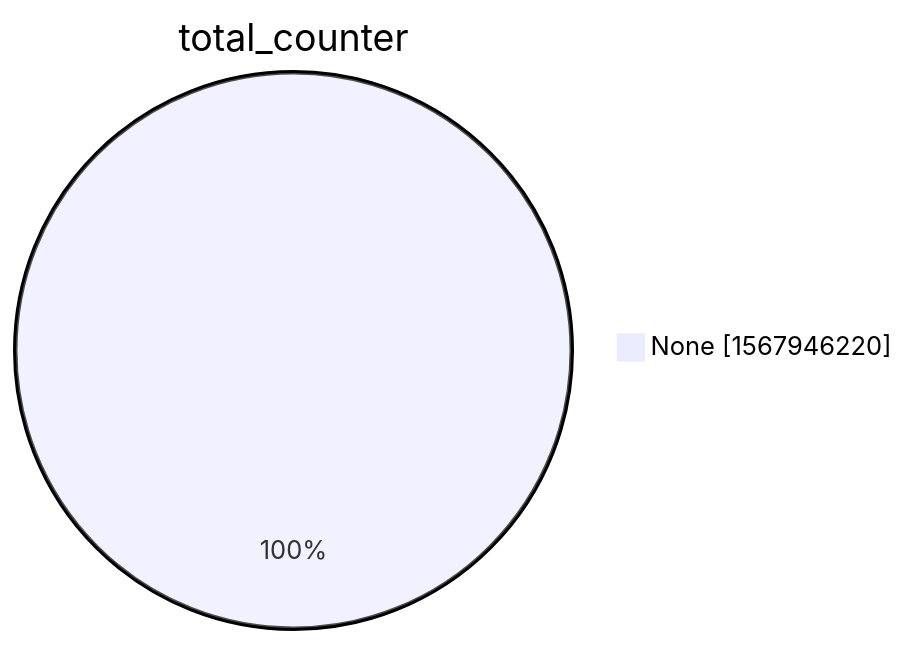
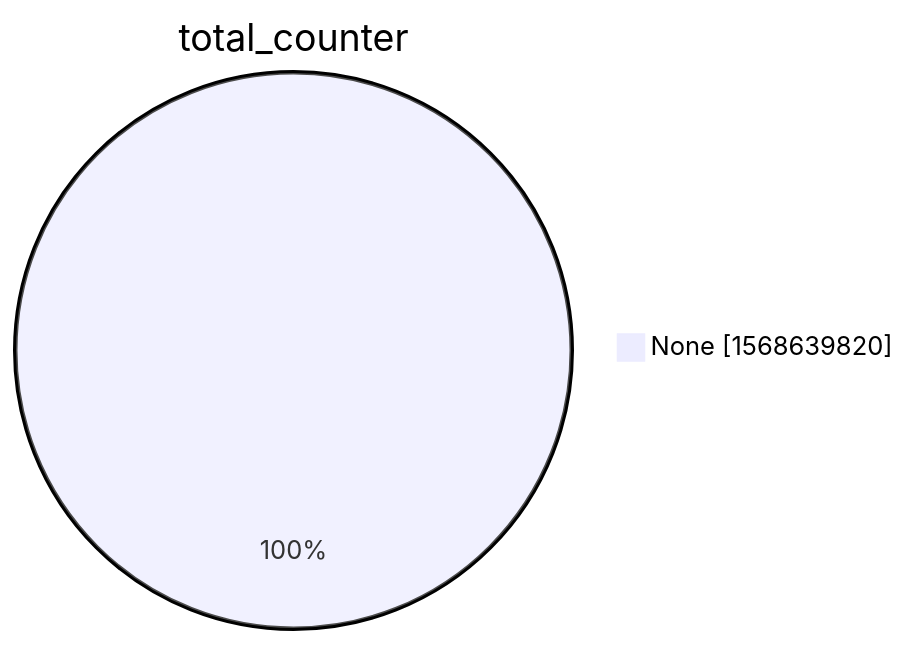
One commit to christiankrug/ctmonitor_visualization changed the second of 15 diagrams in xenon2022/README.md. Above: the diagram before and after it, drawn with Mermaid. The commit also changed other lines of this file, not shown here.

````diff
--- a/xenon2022/README.md
+++ b/xenon2022/README.md
@@ -9,5 +9,5 @@
 ```mermaid
 pie showData
 title total_counter
-"None" :1567946220
+"None" :1568639820
 ```
````
